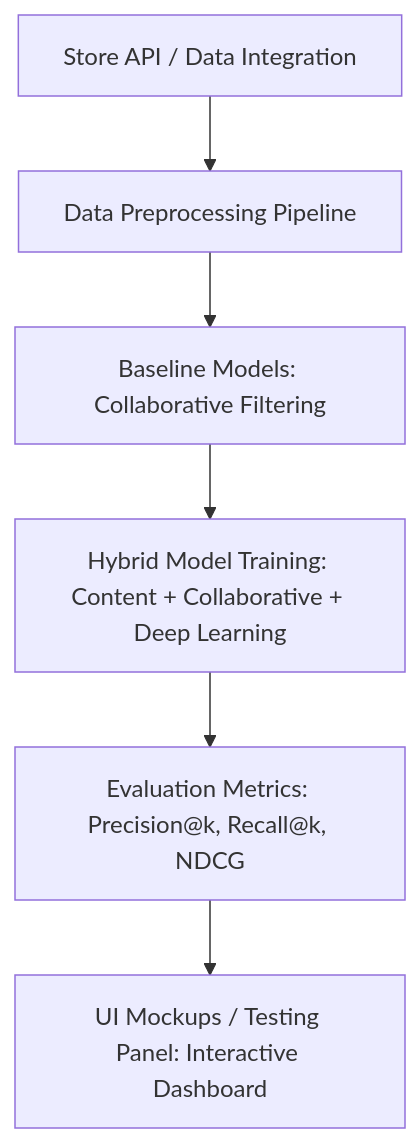
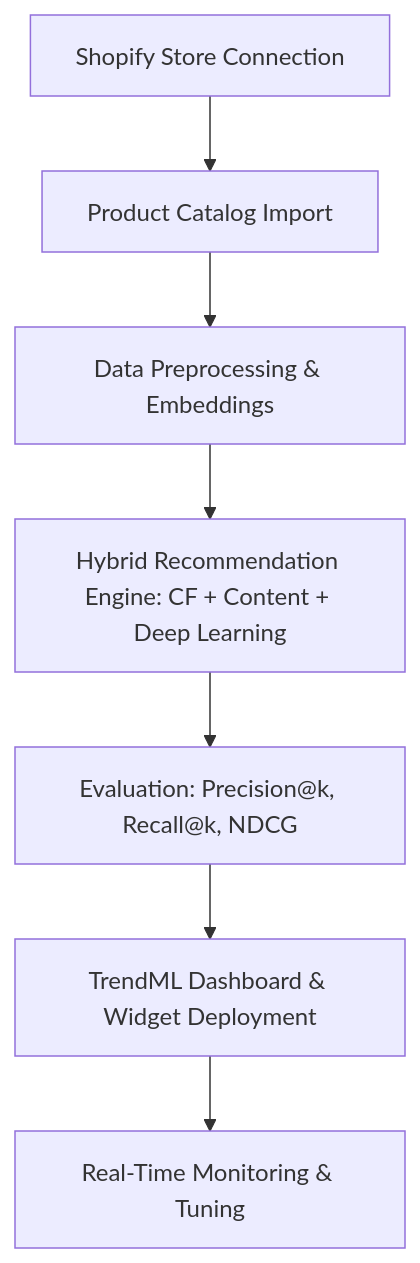
The diagram in README.md (prxtxks/TrendML), drawn with Mermaid before and after one commit. The commit also changed other lines of this file, not shown here.

````diff
--- a/README.md
+++ b/README.md
@@ -38,9 +74,9 @@
 ```mermaid
-%% Created by Pratik Chaudhari (@prxtxks)
 graph TD
-    A[Store API / Data Integration] --> B[Data Preprocessing Pipeline]
-    B --> C[Baseline Models: Collaborative Filtering]
-    C --> D[Hybrid Model Training: Content + Collaborative + Deep Learning]
-    D --> E[Evaluation Metrics: Precision@k, Recall@k, NDCG]
-    E --> F[UI Mockups / Testing Panel: Interactive Dashboard]
+    A[Shopify Store Connection] --> B[Product Catalog Import]
+    B --> C[Data Preprocessing & Embeddings]
+    C --> D[Hybrid Recommendation Engine: CF + Content + Deep Learning]
+    D --> E[Evaluation: Precision@k, Recall@k, NDCG]
+    E --> F[TrendML Dashboard & Widget Deployment]
+    F --> G[Real-Time Monitoring & Tuning]
 ```
````
